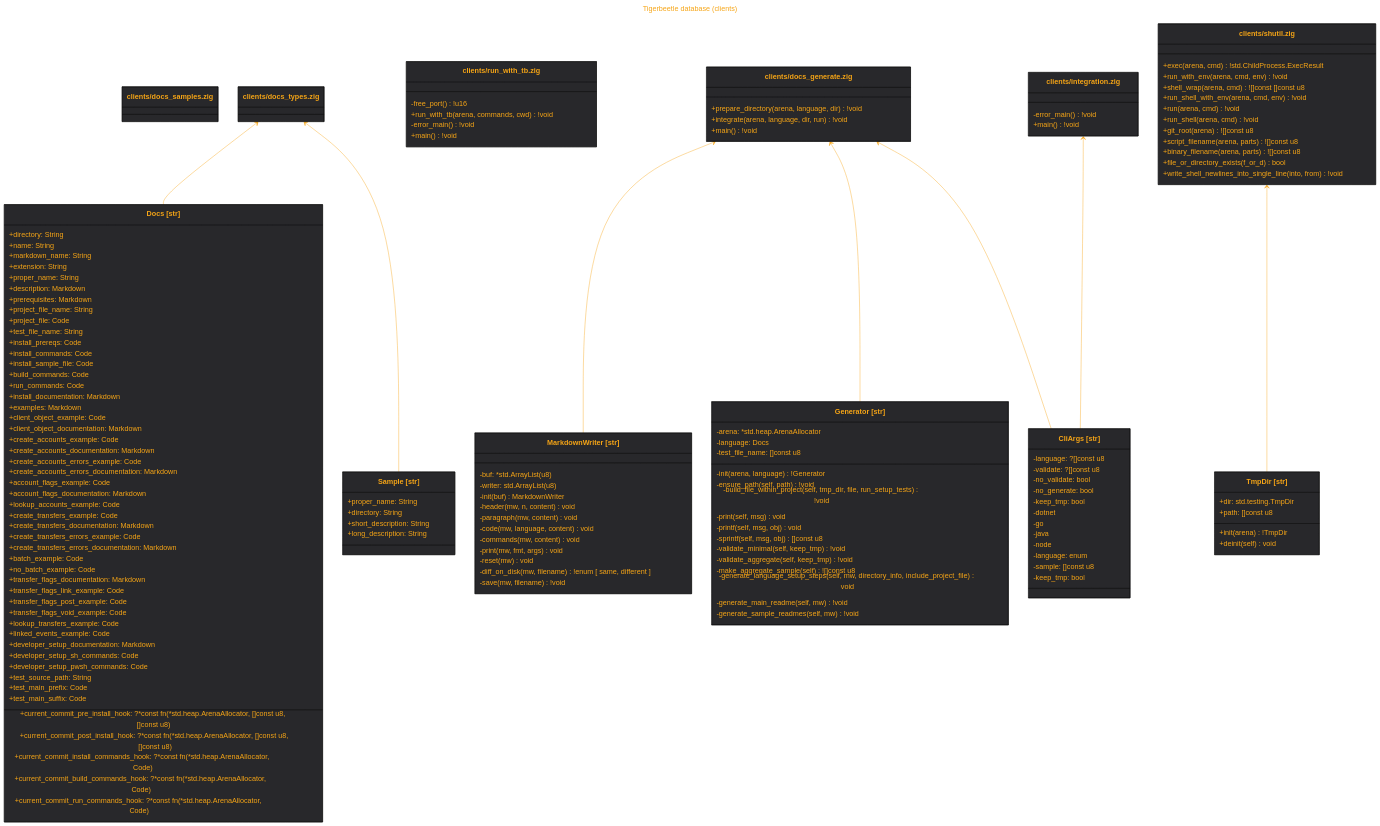
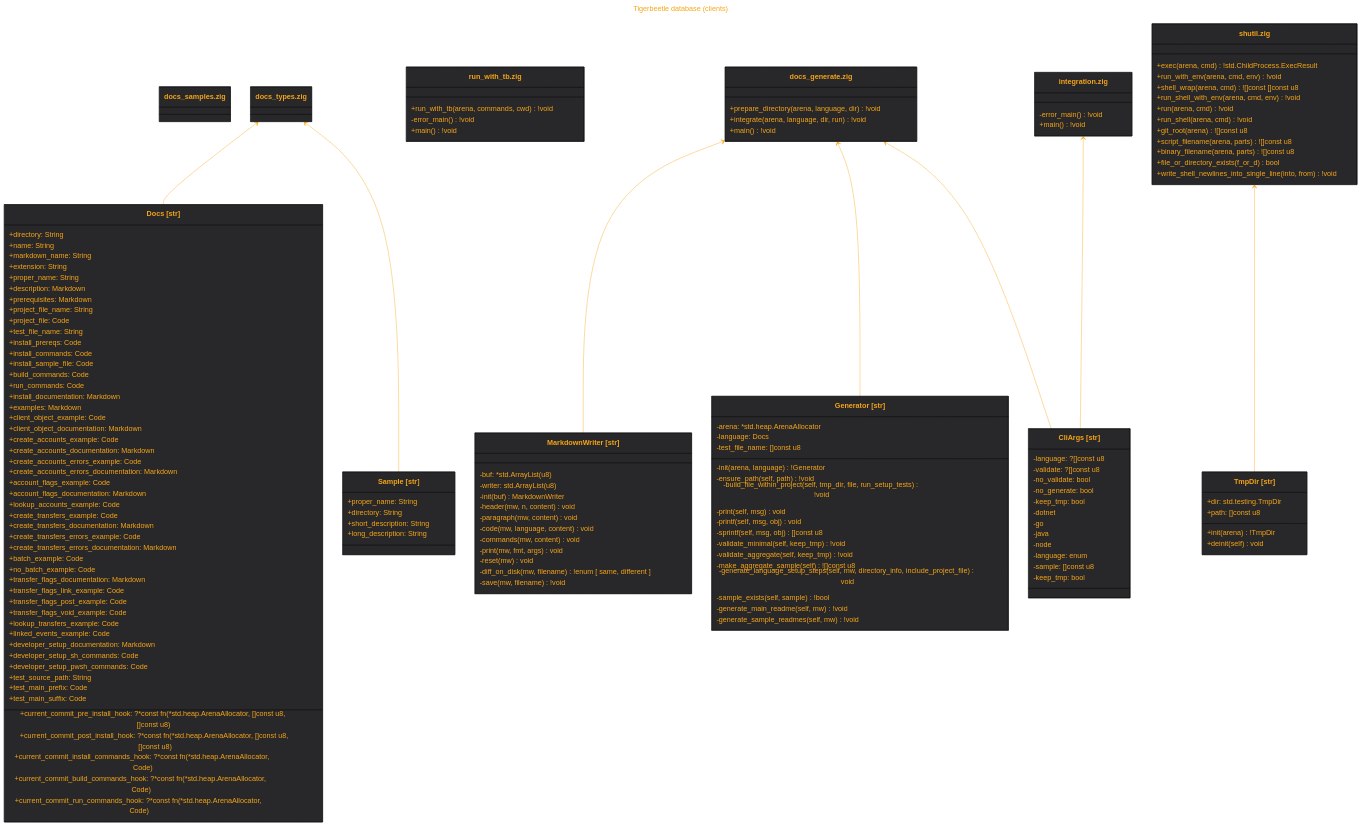
The diagram in out/src.clients.md (tensorush/meduza), drawn with Mermaid before and after one commit. The commit also changed 21 other files, not shown here.

````diff
--- a/out/src.clients.md
+++ b/out/src.clients.md
@@ -15,8 +15,8 @@
     }
 }%%
 classDiagram
-class `clients/docs_samples.zig`
-link `clients/docs_samples.zig` "https://github.com/tigerbeetle/tigerbeetle/blob/main/src/clients/docs_samples.zig"
+class `docs_samples.zig`
+link `docs_samples.zig` "https://github.com/tigerbeetle/tigerbeetle/blob/main/src/clients/docs_samples.zig"
 class Docs["Docs [str]"] {
     +directory: String
     +name: String
@@ -76,17 +76,16 @@
     +long_description: String
 }
 link Sample "https://github.com/tigerbeetle/tigerbeetle/blob/main/src/clients/docs_types.zig#L129"
-class `clients/docs_types.zig`
-`clients/docs_types.zig` <-- Docs
-`clients/docs_types.zig` <-- Sample
-link `clients/docs_types.zig` "https://github.com/tigerbeetle/tigerbeetle/blob/main/src/clients/docs_types.zig"
-class `clients/run_with_tb.zig` {
-    -free_port() !u16
+class `docs_types.zig`
+`docs_types.zig` <-- Docs
+`docs_types.zig` <-- Sample
+link `docs_types.zig` "https://github.com/tigerbeetle/tigerbeetle/blob/main/src/clients/docs_types.zig"
+class `run_with_tb.zig` {
     +run_with_tb(arena, commands, cwd) !void
     -error_main() !void
     +main() !void
 }
-link `clients/run_with_tb.zig` "https://github.com/tigerbeetle/tigerbeetle/blob/main/src/clients/run_with_tb.zig"
+link `run_with_tb.zig` "https://github.com/tigerbeetle/tigerbeetle/blob/main/src/clients/run_with_tb.zig"
 class MarkdownWriter["MarkdownWriter [str]"] {
     -buf: *std.ArrayList(u8)
     -writer: std.ArrayList(u8)
@@ -100,7 +99,7 @@
     -diff_on_disk(mw, filename) !enum [ same, different ]
     -save(mw, filename) !void
 }
-link MarkdownWriter "https://github.com/tigerbeetle/tigerbeetle/blob/main/src/clients/docs_generate.zig#L25"
+link MarkdownWriter "https://github.com/tigerbeetle/tigerbeetle/blob/main/src/clients/docs_generate.zig#L27"
 class Generator["Generator [str]"] {
     -arena: *std.heap.ArenaAllocator
     -language: Docs
@@ -115,10 +114,11 @@
     -validate_aggregate(self, keep_tmp) !void
     -make_aggregate_sample(self) ![]const u8
     -generate_language_setup_steps(self, mw, directory_info, include_project_file) void
+    -sample_exists(self, sample) !bool
     -generate_main_readme(self, mw) !void
     -generate_sample_readmes(self, mw) !void
 }
-link Generator "https://github.com/tigerbeetle/tigerbeetle/blob/main/src/clients/docs_generate.zig#L200"
+link Generator "https://github.com/tigerbeetle/tigerbeetle/blob/main/src/clients/docs_generate.zig#L203"
 class CliArgs["CliArgs [str]"] {
     -language: ?[]const u8
     -validate: ?[]const u8
@@ -126,16 +126,16 @@
     -no_generate: bool
     -keep_tmp: bool
 }
-link CliArgs "https://github.com/tigerbeetle/tigerbeetle/blob/main/src/clients/docs_generate.zig#L787"
-class `clients/docs_generate.zig` {
+link CliArgs "https://github.com/tigerbeetle/tigerbeetle/blob/main/src/clients/docs_generate.zig#L807"
+class `docs_generate.zig` {
     +prepare_directory(arena, language, dir) !void
     +integrate(arena, language, dir, run) !void
     +main() !void
 }
-`clients/docs_generate.zig` <-- MarkdownWriter
-`clients/docs_generate.zig` <-- Generator
-`clients/docs_generate.zig` <-- CliArgs
-link `clients/docs_generate.zig` "https://github.com/tigerbeetle/tigerbeetle/blob/main/src/clients/docs_generate.zig"
+`docs_generate.zig` <-- MarkdownWriter
+`docs_generate.zig` <-- Generator
+`docs_generate.zig` <-- CliArgs
+link `docs_generate.zig` "https://github.com/tigerbeetle/tigerbeetle/blob/main/src/clients/docs_generate.zig"
 class TmpDir["TmpDir [str]"] {
     +dir: std.testing.TmpDir
     +path: []const u8
@@ -143,7 +143,7 @@
     +deinit(self) void
 }
 link TmpDir "https://github.com/tigerbeetle/tigerbeetle/blob/main/src/clients/shutil.zig#L131"
-class `clients/shutil.zig` {
+class `shutil.zig` {
     +exec(arena, cmd) !std.ChildProcess.ExecResult
     +run_with_env(arena, cmd, env) !void
     +shell_wrap(arena, cmd) ![]const []const u8
@@ -156,8 +156,8 @@
     +file_or_directory_exists(f_or_d) bool
     +write_shell_newlines_into_single_line(into, from) !void
 }
-`clients/shutil.zig` <-- TmpDir
-link `clients/shutil.zig` "https://github.com/tigerbeetle/tigerbeetle/blob/main/src/clients/shutil.zig"
+`shutil.zig` <-- TmpDir
+link `shutil.zig` "https://github.com/tigerbeetle/tigerbeetle/blob/main/src/clients/shutil.zig"
 class CliArgs["CliArgs [str]"] {
     -dotnet
     -go
@@ -168,10 +168,10 @@
     -keep_tmp: bool
 }
 link CliArgs "https://github.com/tigerbeetle/tigerbeetle/blob/main/src/clients/integration.zig#L24"
-class `clients/integration.zig` {
+class `integration.zig` {
     -error_main() !void
     +main() !void
 }
-`clients/integration.zig` <-- CliArgs
-link `clients/integration.zig` "https://github.com/tigerbeetle/tigerbeetle/blob/main/src/clients/integration.zig"
+`integration.zig` <-- CliArgs
+link `integration.zig` "https://github.com/tigerbeetle/tigerbeetle/blob/main/src/clients/integration.zig"
 ```
````
